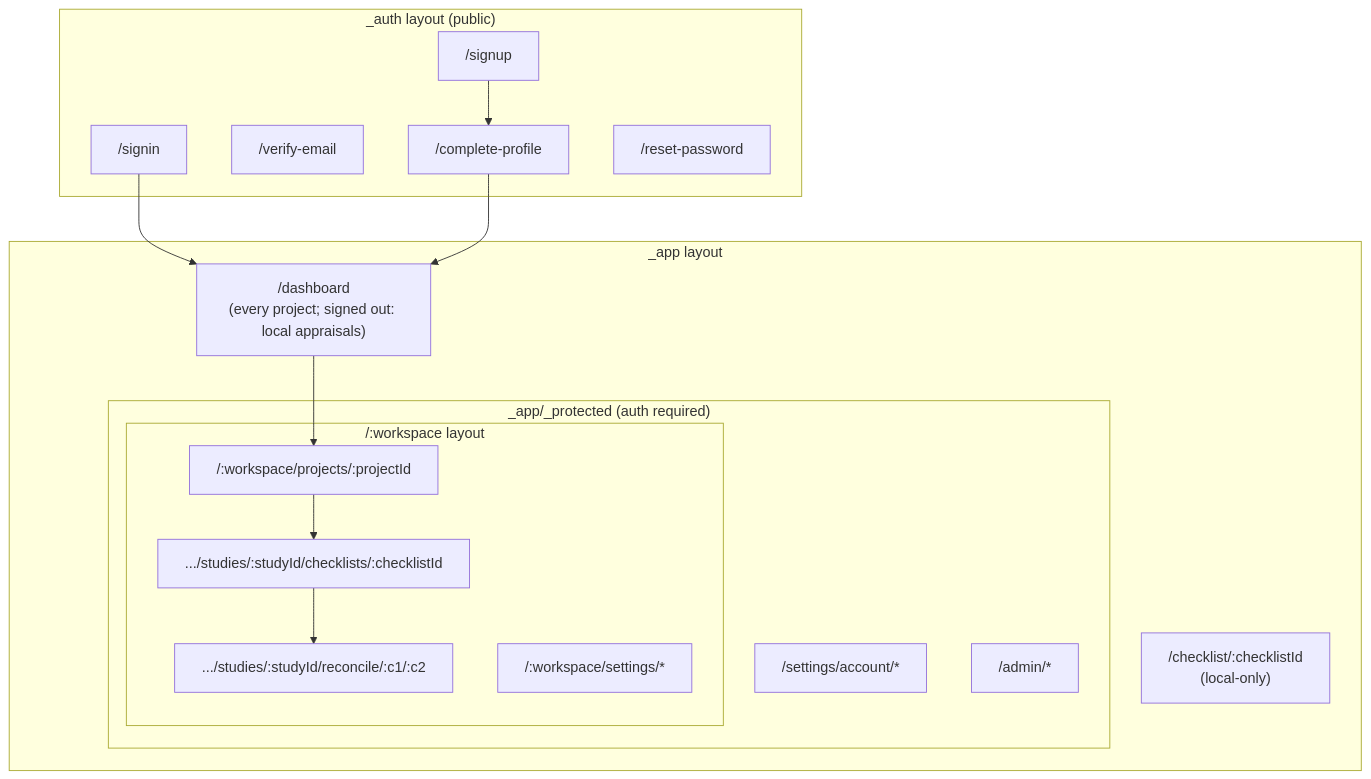
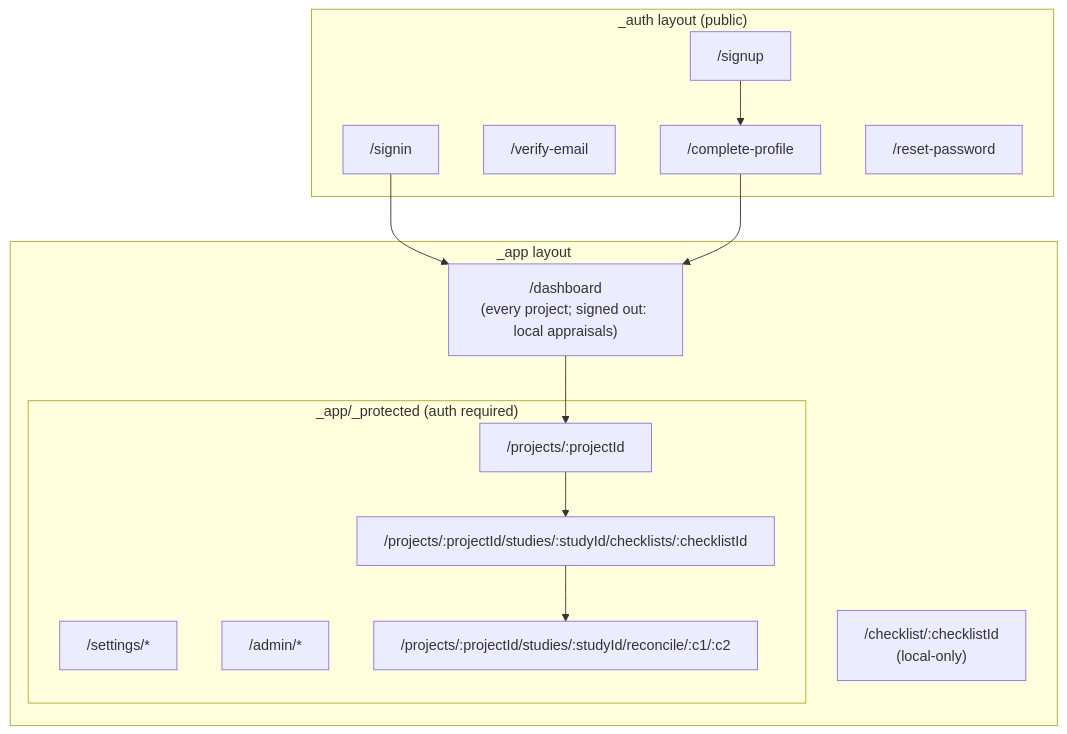
One commit to InfinityBowman/corates changed the diagram in packages/docs/architecture/diagrams/05-frontend-routes.md. Above: the diagram before and after it, drawn with Mermaid. The commit also changed other lines of this file and 71 other files, not shown here.

````diff
--- a/packages/docs/architecture/diagrams/05-frontend-routes.md
+++ b/packages/docs/architecture/diagrams/05-frontend-routes.md
@@ -5,33 +5,30 @@
 ```mermaid
 flowchart TD
     subgraph Public["_auth layout (public)"]
         signin["/signin"]
         signup["/signup"]
         verifyemail["/verify-email"]
         completeprofile["/complete-profile"]
         resetpw["/reset-password"]
     end
 
     subgraph App["_app layout"]
         dashboard["/dashboard<br/>(every project; signed out: local appraisals)"]
         localcheck["/checklist/:checklistId<br/>(local-only)"]
 
         subgraph Protected["_app/_protected (auth required)"]
-            account["/settings/account/*"]
+            settings["/settings/*"]
             admin["/admin/*"]
-            subgraph Workspace["/:workspace layout"]
-                projectview["/:workspace/projects/:projectId"]
-                checklistview[".../studies/:studyId/checklists/:checklistId"]
-                reconcile[".../studies/:studyId/reconcile/:c1/:c2"]
-                wsettings["/:workspace/settings/*"]
-            end
+            projectview["/projects/:projectId"]
+            checklistview["/projects/:projectId/studies/:studyId/checklists/:checklistId"]
+            reconcile["/projects/:projectId/studies/:studyId/reconcile/:c1/:c2"]
         end
     end
 
     signin --> dashboard
     signup --> completeprofile
     completeprofile --> dashboard
     dashboard --> projectview
     projectview --> checklistview
     checklistview --> reconcile
 ```
````
